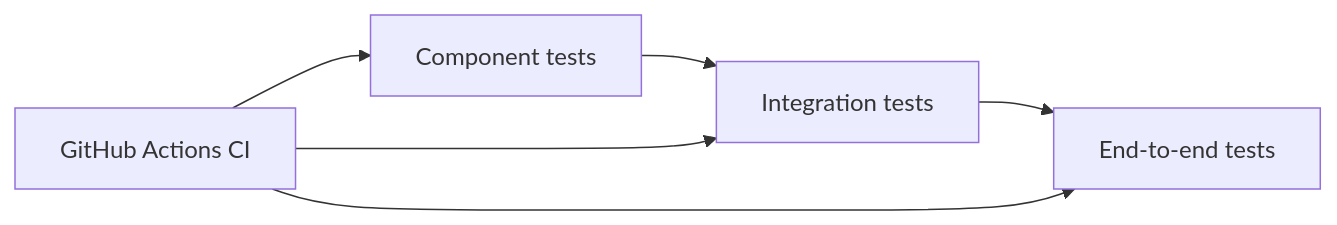
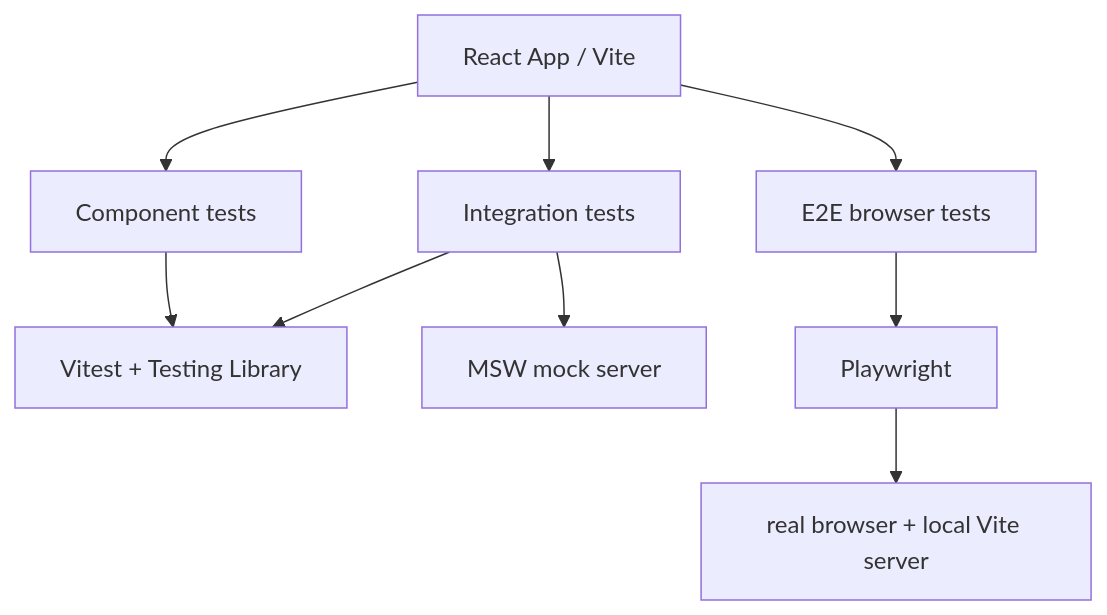
Before and after one commit to NadiiaSka/currency-converter: the diagram in README.md, drawn with Mermaid.

Commit message:
Improve Readme test architecture diagram

````diff
--- a/README.md
+++ b/README.md
@@ -39,8 +39,12 @@
 ```mermaid
-flowchart LR
-    A[Component tests] --> B[Integration tests]
-    B --> C[End-to-end tests]
-    D[GitHub Actions CI] --> A
-    D --> B
-    D --> C
+flowchart TD
+    A[React App / Vite] --> B[Component tests]
+    A --> C[Integration tests]
+    A --> D[E2E browser tests]
+
+    B --> E[Vitest + Testing Library]
+    C --> E
+    C --> F[MSW mock server]
+    D --> G[Playwright]
+    G --> H[real browser + local Vite server]
 ```
````
